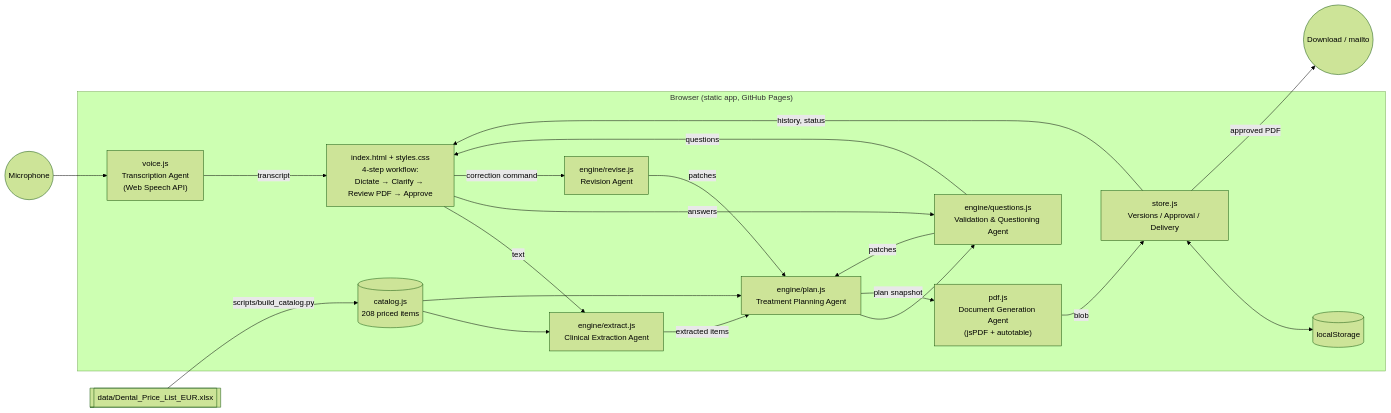
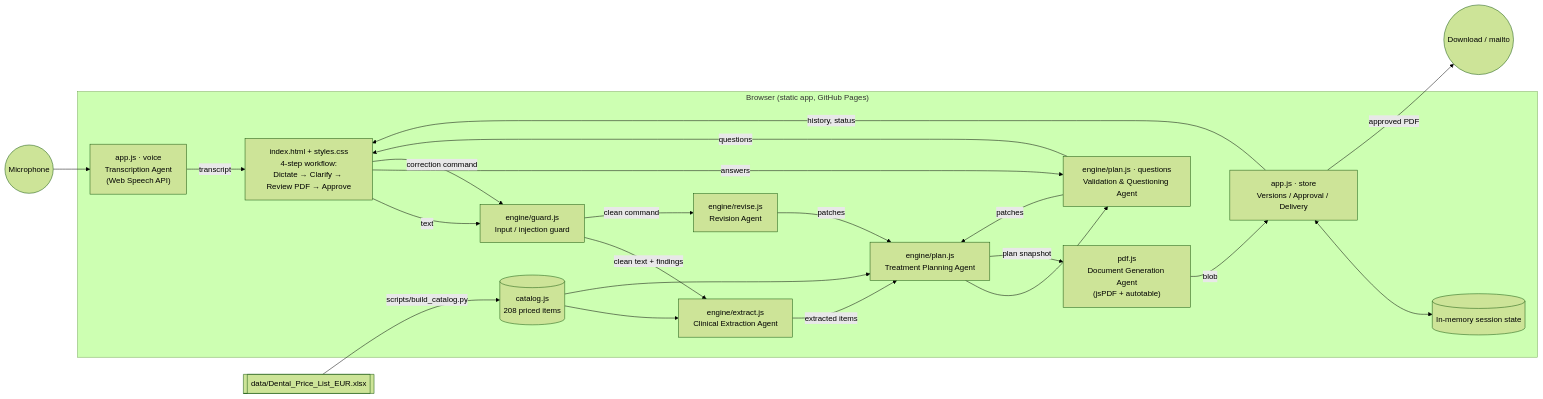
Before and after one commit to daniel-ao/dental-plan-assistant: the first of 5 diagrams in docs/PRODUCT_ARCHITECTURE.md, drawn with Mermaid (forest theme). The commit also changed other lines of this file, not shown here.

First line of the commit message:
Align architecture doc with the shipped modules (guard, in-memory store)

````diff
--- a/docs/PRODUCT_ARCHITECTURE.md
+++ b/docs/PRODUCT_ARCHITECTURE.md
@@ -63,33 +65,36 @@
 ```mermaid
 flowchart LR
   subgraph Browser["Browser (static app, GitHub Pages)"]
     UI["index.html + styles.css<br/>4-step workflow:<br/>Dictate → Clarify → Review PDF → Approve"]
-    VOICE["voice.js<br/>Transcription Agent<br/>(Web Speech API)"]
+    VOICE["app.js · voice<br/>Transcription Agent<br/>(Web Speech API)"]
+    GUARD["engine/guard.js<br/>Input / injection guard"]
     EXT["engine/extract.js<br/>Clinical Extraction Agent"]
     PLAN["engine/plan.js<br/>Treatment Planning Agent"]
-    Q["engine/questions.js<br/>Validation & Questioning Agent"]
+    Q["engine/plan.js · questions<br/>Validation & Questioning Agent"]
     REV["engine/revise.js<br/>Revision Agent"]
     PDF["pdf.js<br/>Document Generation Agent<br/>(jsPDF + autotable)"]
-    STORE["store.js<br/>Versions / Approval / Delivery"]
+    STORE["app.js · store<br/>Versions / Approval / Delivery"]
     CAT[("catalog.js<br/>208 priced items")]
-    LS[("localStorage")]
+    LS[("In-memory session state")]
   end
   XLSX[["data/Dental_Price_List_EUR.xlsx"]] -->|scripts/build_catalog.py| CAT
   MIC((Microphone)) --> VOICE
   VOICE -->|transcript| UI
-  UI -->|text| EXT
+  UI -->|text| GUARD
+  GUARD -->|clean text + findings| EXT
   EXT -->|extracted items| PLAN
   CAT --> EXT
   CAT --> PLAN
   PLAN --> Q
   Q -->|questions| UI
   UI -->|answers| Q
   Q -->|patches| PLAN
-  UI -->|correction command| REV
+  UI -->|correction command| GUARD
+  GUARD -->|clean command| REV
   REV -->|patches| PLAN
   PLAN -->|plan snapshot| PDF
   PDF -->|blob| STORE
   STORE <--> LS
   STORE -->|history, status| UI
   STORE -->|approved PDF| DL((Download / mailto))
 ```
````
